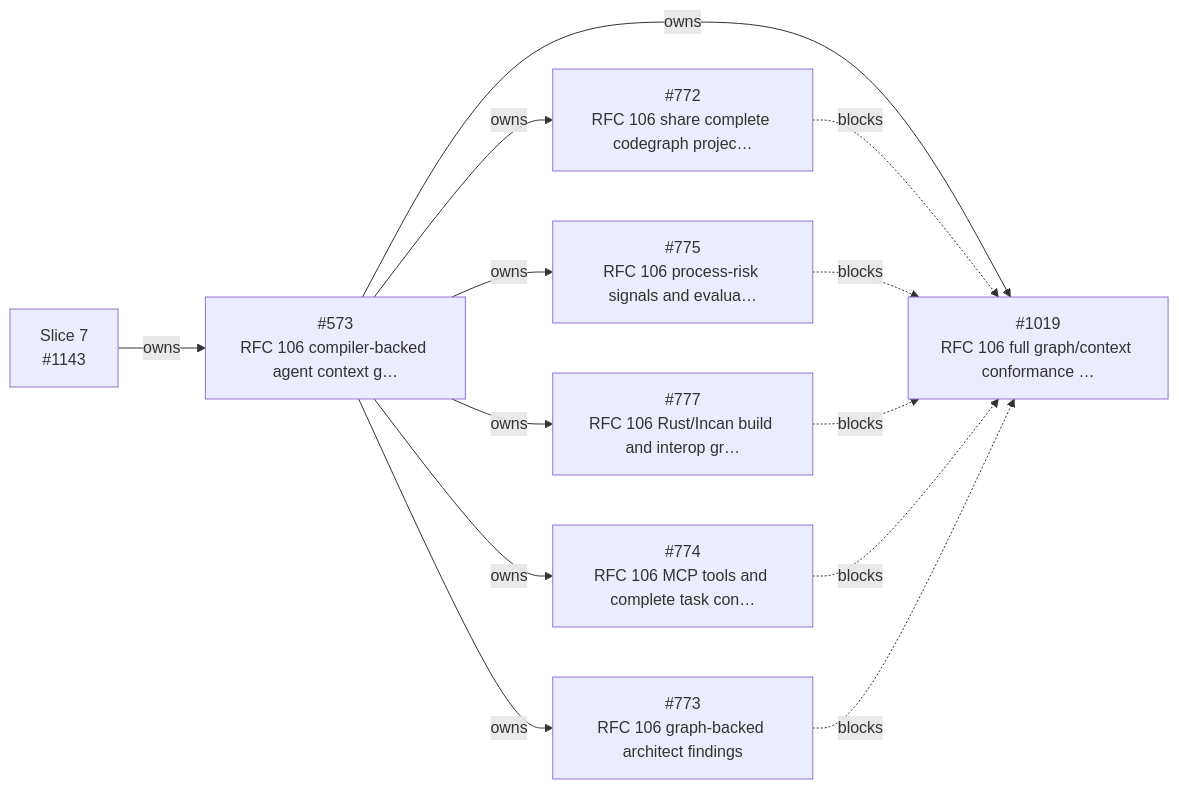
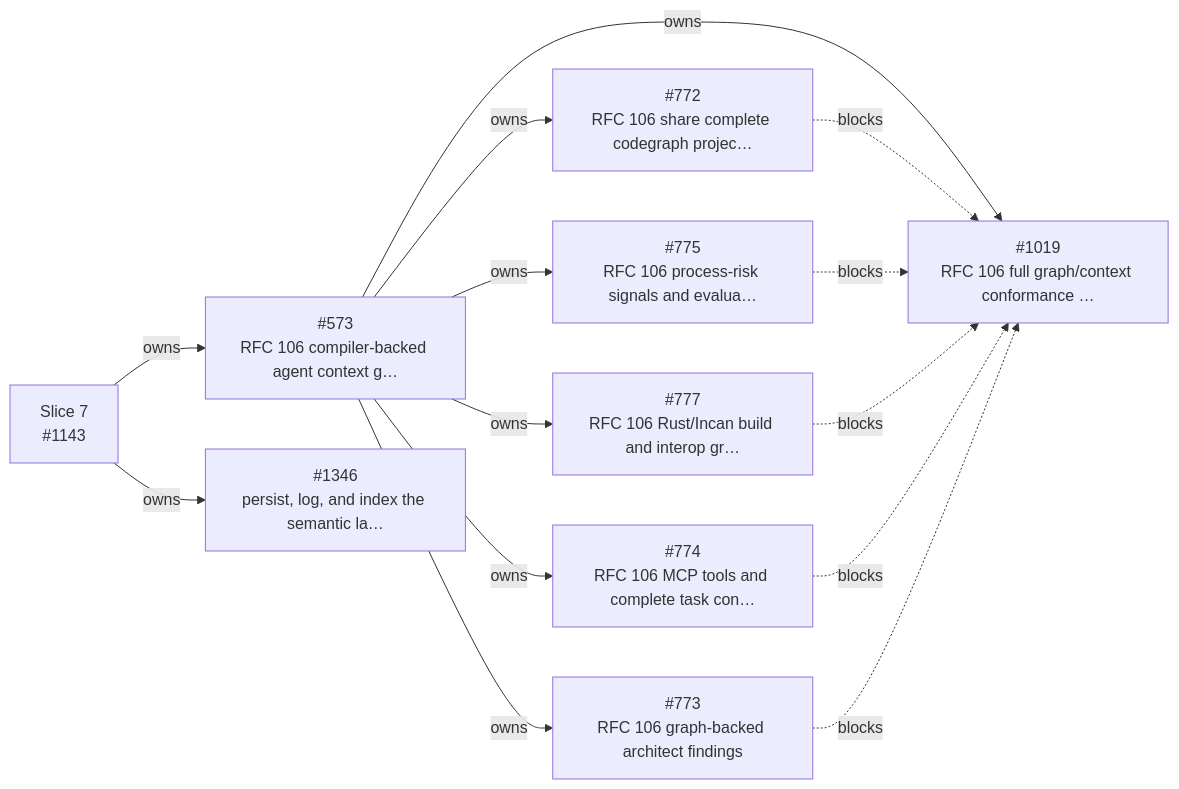
Before and after one commit to dannys-code-corner/incan: the seventh of 9 diagrams in workspaces/docs-site/docs/_snippets/project/v0_6_roadmap.md, drawn with Mermaid. The commit also changed other lines of this file and 3 other files, not shown here.

````diff
--- a/workspaces/docs-site/docs/_snippets/project/v0_6_roadmap.md
+++ b/workspaces/docs-site/docs/_snippets/project/v0_6_roadmap.md
@@ -474,31 +510,34 @@
 ```mermaid
 flowchart LR
   i573["#573<br/>RFC 106 compiler-backed agent context g…"]
   i772["#772<br/>RFC 106 share complete codegraph projec…"]
   i773["#773<br/>RFC 106 graph-backed architect findings"]
   i774["#774<br/>RFC 106 MCP tools and complete task con…"]
   i775["#775<br/>RFC 106 process-risk signals and evalua…"]
   i777["#777<br/>RFC 106 Rust/Incan build and interop gr…"]
   i1019["#1019<br/>RFC 106 full graph/context conformance …"]
   s1143["Slice 7<br/>#1143"]
+  i1346["#1346<br/>persist, log, and index the semantic la…"]
   s1143 -- owns --> i573
   i573 -- owns --> i772
   i573 -- owns --> i773
   i573 -- owns --> i774
   i573 -- owns --> i775
   i573 -- owns --> i777
   i573 -- owns --> i1019
+  s1143 -- owns --> i1346
   i772 -. blocks .-> i1019
   i775 -. blocks .-> i1019
   i777 -. blocks .-> i1019
   i774 -. blocks .-> i1019
   i773 -. blocks .-> i1019
   click i573 href "https://github.com/encero-systems/incan/issues/573" "Open #573 on GitHub"
   click i772 href "https://github.com/encero-systems/incan/issues/772" "Open #772 on GitHub"
   click i773 href "https://github.com/encero-systems/incan/issues/773" "Open #773 on GitHub"
   click i774 href "https://github.com/encero-systems/incan/issues/774" "Open #774 on GitHub"
   click i775 href "https://github.com/encero-systems/incan/issues/775" "Open #775 on GitHub"
   click i777 href "https://github.com/encero-systems/incan/issues/777" "Open #777 on GitHub"
   click i1019 href "https://github.com/encero-systems/incan/issues/1019" "Open #1019 on GitHub"
   click s1143 href "https://github.com/encero-systems/incan/issues/1143" "Open #1143 on GitHub"
+  click i1346 href "https://github.com/encero-systems/incan/issues/1346" "Open #1346 on GitHub"
 ```
````
